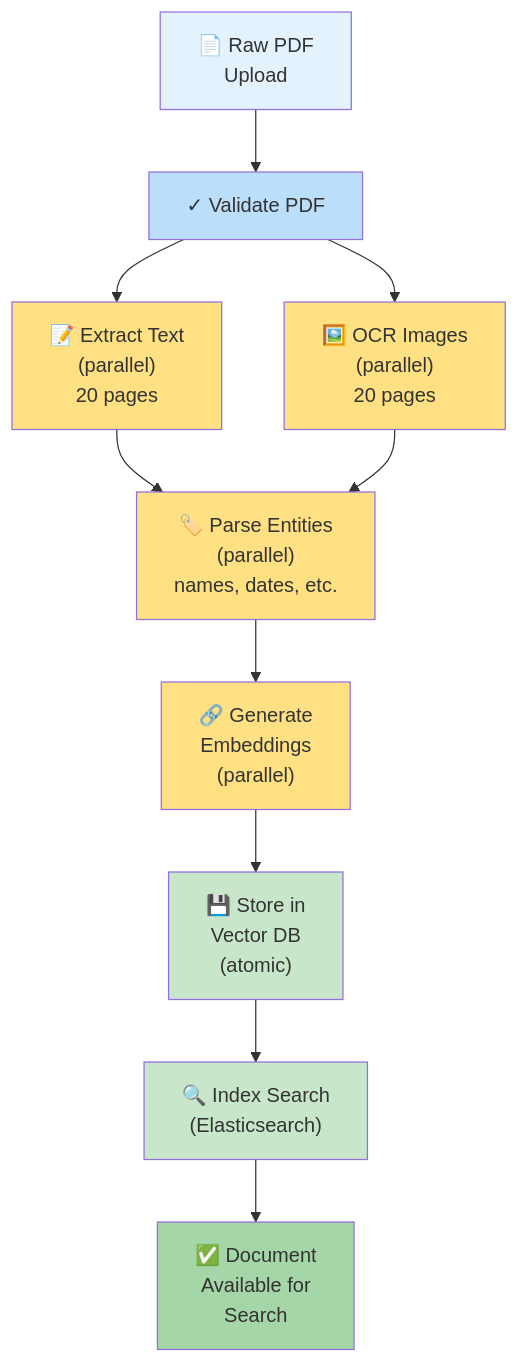
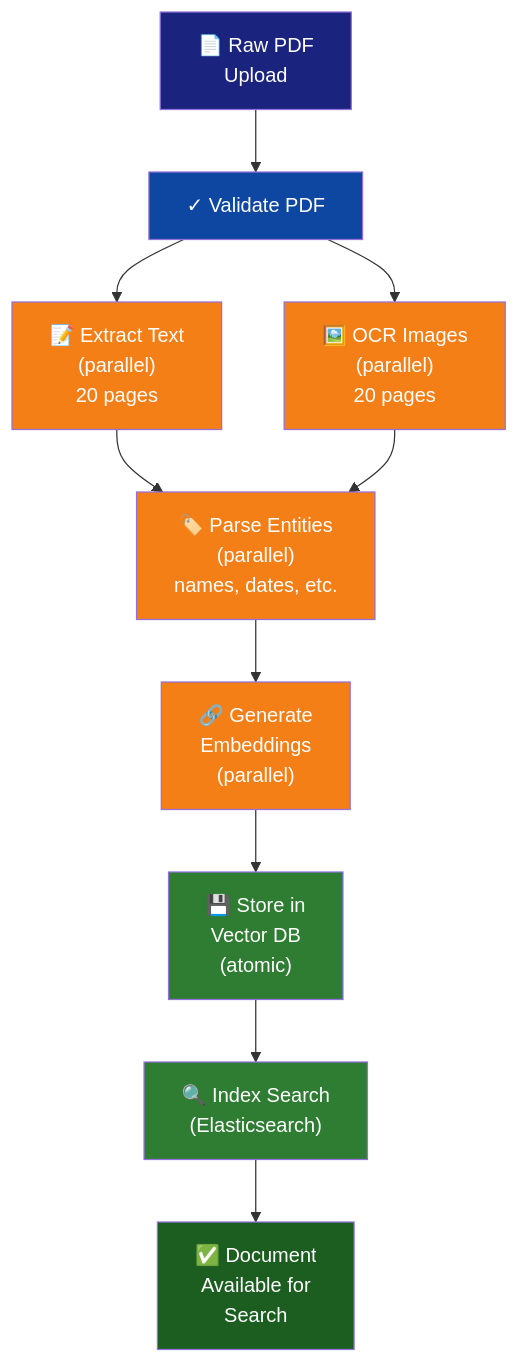
The eighth of 13 diagrams in README.md (Singularity-ng/singularity-workflows), drawn with Mermaid before and after one commit. The commit also changed other lines of this file, not shown here.

First line of the commit message:
Improve Mermaid diagram contrast for dark GitHub theme

````diff
--- a/README.md
+++ b/README.md
@@ -230,27 +230,27 @@
 ```mermaid
 graph TB
     A["📄 Raw PDF<br/>Upload"]
 
     A --> B["✓ Validate PDF"]
     B --> C["📝 Extract Text<br/>(parallel)<br/>20 pages"]
     B --> D["🖼️ OCR Images<br/>(parallel)<br/>20 pages"]
 
     C --> E["🏷️ Parse Entities<br/>(parallel)<br/>names, dates, etc."]
     D --> E
 
     E --> F["🔗 Generate<br/>Embeddings<br/>(parallel)"]
     F --> G["💾 Store in<br/>Vector DB<br/>(atomic)"]
     G --> H["🔍 Index Search<br/>(Elasticsearch)"]
 
     H --> I["✅ Document<br/>Available for<br/>Search"]
 
-    style A fill:#E3F2FD
-    style B fill:#BBDEFB
-    style C fill:#FFE082
-    style D fill:#FFE082
-    style E fill:#FFE082
-    style F fill:#FFE082
-    style G fill:#C8E6C9
-    style H fill:#C8E6C9
-    style I fill:#A5D6A7
+    style A fill:#1a237e,color:#fff
+    style B fill:#0d47a1,color:#fff
+    style C fill:#f57f17,color:#fff
+    style D fill:#f57f17,color:#fff
+    style E fill:#f57f17,color:#fff
+    style F fill:#f57f17,color:#fff
+    style G fill:#2e7d32,color:#fff
+    style H fill:#2e7d32,color:#fff
+    style I fill:#1b5e20,color:#fff
 ```
````
